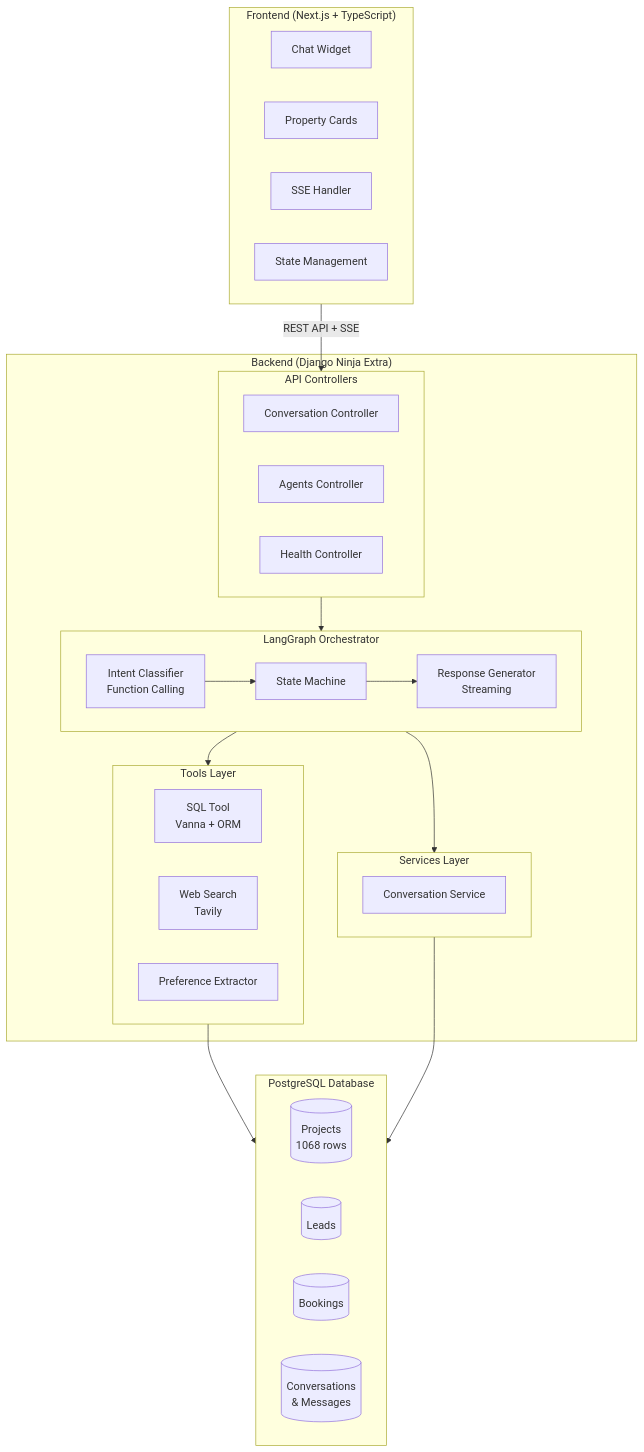
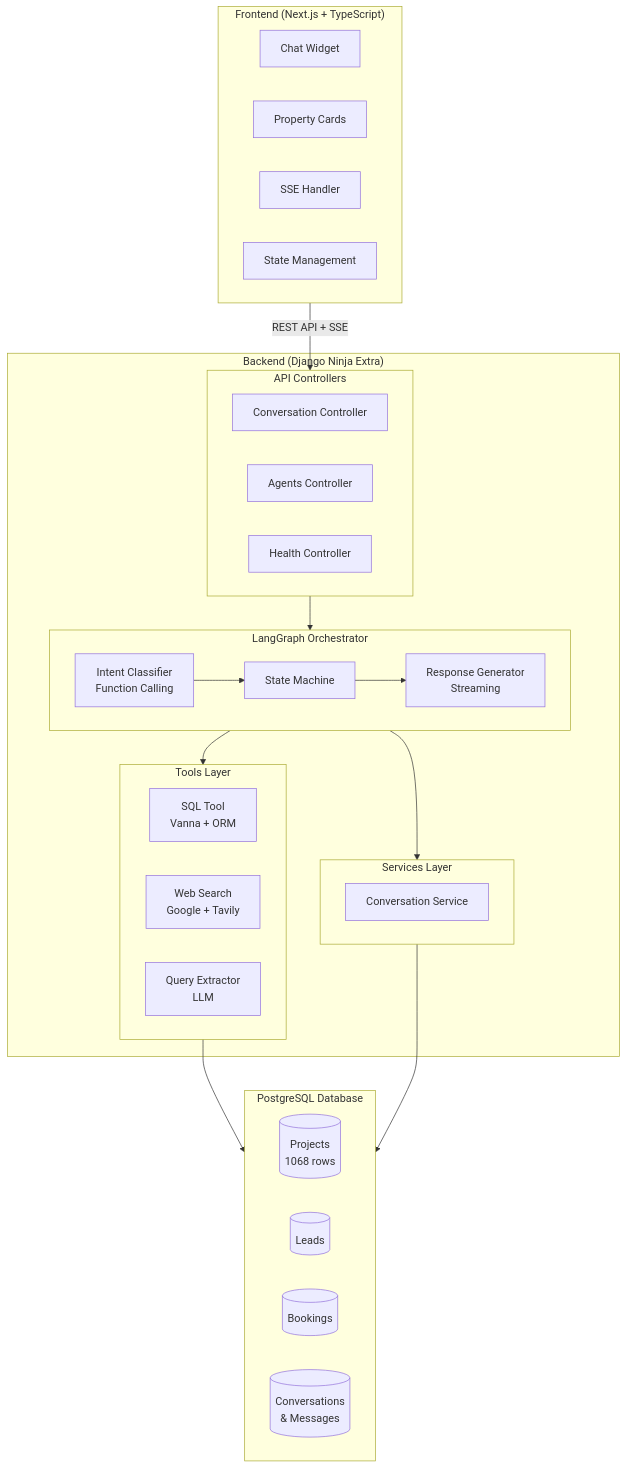
The first of 5 diagrams in README.md (GrasiaMeliolla/property-sales-agentic-assistant), drawn with Mermaid before and after one commit. The commit also changed other lines of this file and 21 other files, not shown here.

Commit message:
Add test suite and fix web search

````diff
--- a/README.md
+++ b/README.md
@@ -63,49 +65,49 @@
 ```mermaid
 flowchart TB
     subgraph Frontend["Frontend (Next.js + TypeScript)"]
         CW[Chat Widget]
         PC[Property Cards]
         SSE[SSE Handler]
         SM[State Management]
     end
 
     subgraph Backend["Backend (Django Ninja Extra)"]
         subgraph Controllers["API Controllers"]
             CC[Conversation Controller]
             AC[Agents Controller]
             HC[Health Controller]
         end
 
         subgraph Orchestrator["LangGraph Orchestrator"]
             IC[Intent Classifier<br/>Function Calling]
             STM[State Machine]
             RG[Response Generator<br/>Streaming]
         end
 
         subgraph Tools["Tools Layer"]
             SQL[SQL Tool<br/>Vanna + ORM]
-            WS[Web Search<br/>Tavily]
-            PE[Preference Extractor]
+            WS[Web Search<br/>Google + Tavily]
+            QE[Query Extractor<br/>LLM]
         end
 
         subgraph Services["Services Layer"]
             CS[Conversation Service]
         end
     end
 
     subgraph Database["PostgreSQL Database"]
         PRJ[(Projects<br/>1068 rows)]
         LED[(Leads)]
         BKG[(Bookings)]
         CNV[(Conversations<br/>& Messages)]
     end
 
     Frontend -->|REST API + SSE| Controllers
     Controllers --> Orchestrator
     Orchestrator --> Tools
     Orchestrator --> Services
     Tools --> Database
     Services --> Database
 
     IC --> STM --> RG
 ```
````
